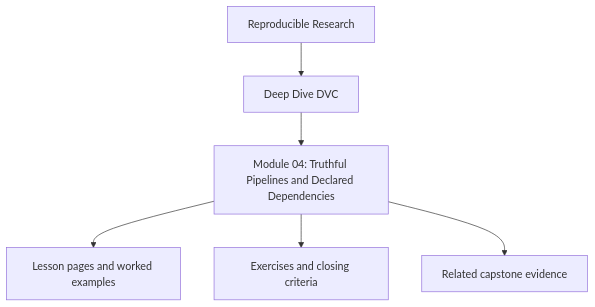
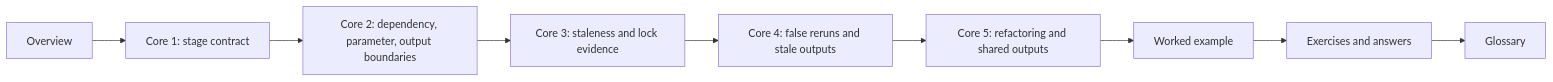
The diagram in programs/reproducible-research/deep-dive-dvc/course-book/module-04-truthful-pipelines-declared-dependencies/index.md (bijux/bijux-masterclass), drawn with Mermaid before and after one commit. The commit also changed other lines of this file, not shown here.

Commit message:
docs(dvc): reshape truthful pipeline overview

````diff
--- a/programs/reproducible-research/deep-dive-dvc/course-book/module-04-truthful-pipelines-declared-dependencies/index.md
+++ b/programs/reproducible-research/deep-dive-dvc/course-book/module-04-truthful-pipelines-declared-dependencies/index.md
@@ -7,8 +52,11 @@
 ```mermaid
-flowchart TD
-  family["Reproducible Research"] --> program["Deep Dive DVC"]
-  program --> module["Module 04: Truthful Pipelines and Declared Dependencies"]
-  module --> lessons["Lesson pages and worked examples"]
-  module --> checkpoints["Exercises and closing criteria"]
-  module --> capstone["Related capstone evidence"]
+flowchart LR
+  overview["Overview"] --> core1["Core 1: stage contract"]
+  core1 --> core2["Core 2: dependency, parameter, output boundaries"]
+  core2 --> core3["Core 3: staleness and lock evidence"]
+  core3 --> core4["Core 4: false reruns and stale outputs"]
+  core4 --> core5["Core 5: refactoring and shared outputs"]
+  core5 --> example["Worked example"]
+  example --> practice["Exercises and answers"]
+  practice --> glossary["Glossary"]
 ```
````
